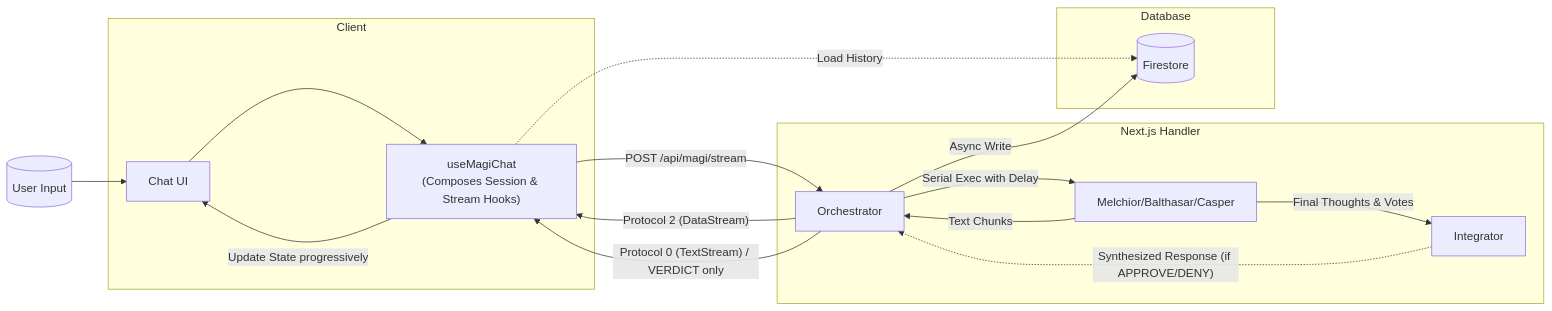
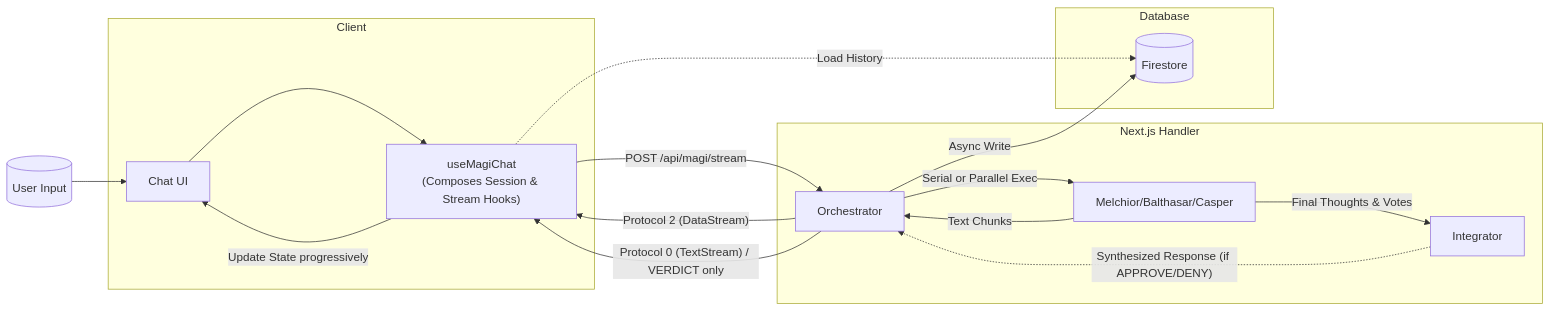
One commit to Kujo-n/maji-res changed the fourth of 5 diagrams in docs/design/architecture.md. Above: the diagram before and after it, drawn with Mermaid. The commit also changed other lines of this file and 3 other files, not shown here.

Commit message:
docs: update architecture, spec, changelog for mode switching

````diff
--- a/docs/design/architecture.md
+++ b/docs/design/architecture.md
@@ -116,35 +136,35 @@
 ```mermaid
 flowchart LR
     User[("User Input")]
     
     subgraph Client
         UI[Chat UI]
         Hook["useMagiChat<br/>(Composes Session & Stream Hooks)"]
     end
     
     subgraph Server["Next.js Handler"]
         Orch[Orchestrator]
         Agents[Melchior/Balthasar/Casper]
         Integ[Integrator]
     end
     
     subgraph Database
         DB[(Firestore)]
     end
     
     User --> UI
     UI --> Hook
     Hook -- "POST /api/magi/stream" --> Orch
     
-    Orch -- "Serial Exec with Delay" --> Agents
+    Orch -- "Serial or Parallel Exec" --> Agents
     Agents -- "Text Chunks" --> Orch
     Orch -- "Protocol 2 (DataStream)" --> Hook
     Agents -- "Final Thoughts & Votes" --> Integ
     Integ -. "Synthesized Response (if APPROVE/DENY)" .-> Orch
     
     Orch -- "Protocol 0 (TextStream) / VERDICT only" --> Hook
     Hook -- "Update State progressively" --> UI
     
     Orch -- "Async Write" --> DB
     Hook -.-> |"Load History"| DB
 ```
````
